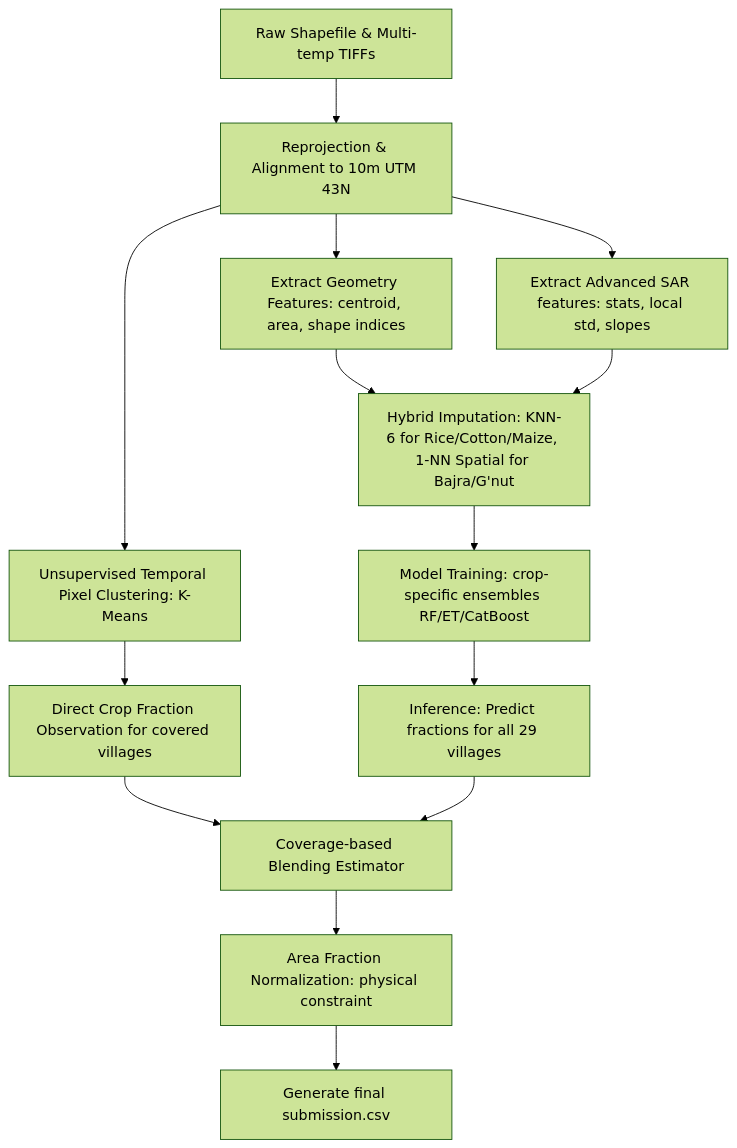
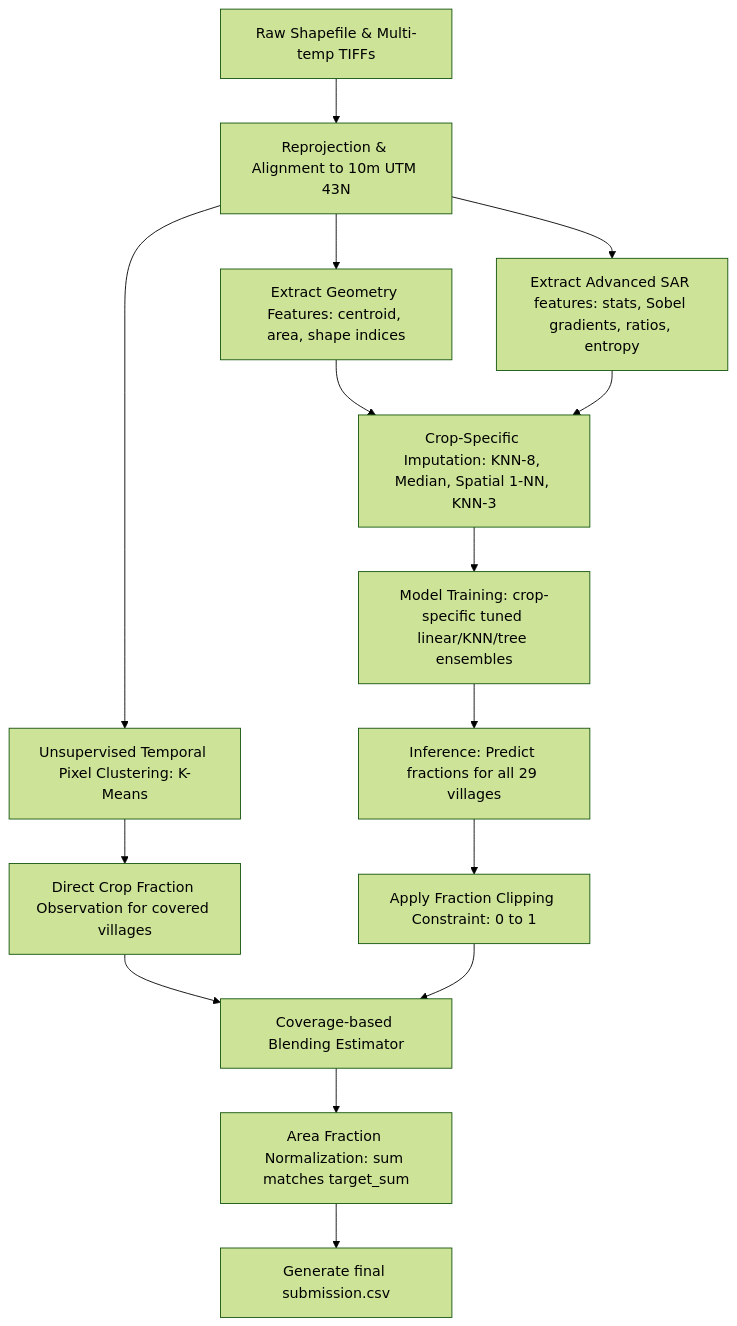
Before and after one commit to ByteLounge/sar-crop-intelligence: the diagram in README.md, drawn with Mermaid (forest theme). The commit also changed other lines of this file and 1 other file, not shown here.

````diff
--- a/README.md
+++ b/README.md
@@ -102,14 +52,15 @@
 ```mermaid
 graph TD
     A[Raw Shapefile & Multi-temp TIFFs] --> B[Reprojection & Alignment to 10m UTM 43N]
     B --> C[Extract Geometry Features: centroid, area, shape indices]
     B --> D[Unsupervised Temporal Pixel Clustering: K-Means]
     D --> E[Direct Crop Fraction Observation for covered villages]
-    B --> F[Extract Advanced SAR features: stats, local std, slopes]
-    C & F --> G[Hybrid Imputation: KNN-6 for Rice/Cotton/Maize, 1-NN Spatial for Bajra/G'nut]
-    G --> H[Model Training: crop-specific ensembles RF/ET/CatBoost]
+    B --> F[Extract Advanced SAR features: stats, Sobel gradients, ratios, entropy]
+    C & F --> G[Crop-Specific Imputation: KNN-8, Median, Spatial 1-NN, KNN-3]
+    G --> H[Model Training: crop-specific tuned linear/KNN/tree ensembles]
     H --> I[Inference: Predict fractions for all 29 villages]
-    E & I --> J[Coverage-based Blending Estimator]
-    J --> K[Area Fraction Normalization: physical constraint]
-    K --> L[Generate final submission.csv]
+    I --> J[Apply Fraction Clipping Constraint: 0 to 1]
+    E & J --> K[Coverage-based Blending Estimator]
+    K --> L[Area Fraction Normalization: sum matches target_sum]
+    L --> M[Generate final submission.csv]
 ```
````
